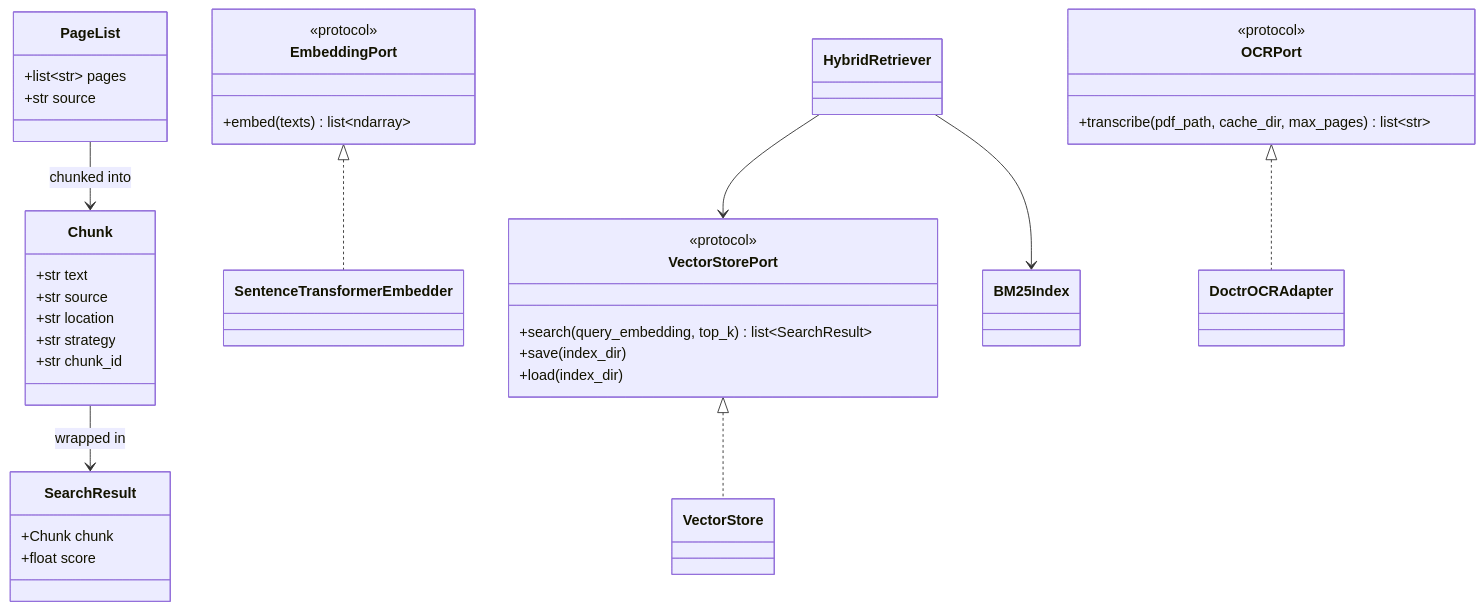
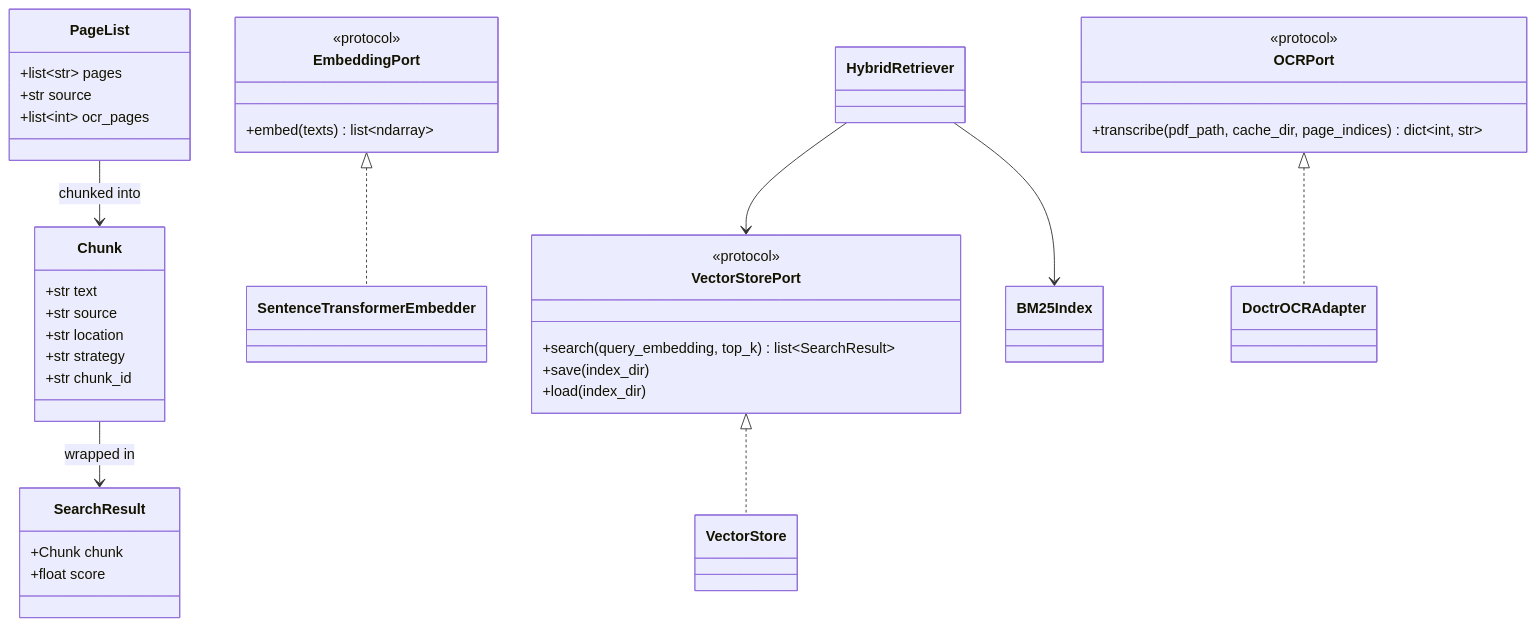
Before and after one commit to nicooga/claude-architect-course: the second of 2 diagrams in src/rag/docs/architecture.md, drawn with Mermaid. The commit also changed 13 other files, not shown here.

````diff
--- a/src/rag/docs/architecture.md
+++ b/src/rag/docs/architecture.md
@@ -52,45 +52,46 @@
 ```mermaid
 classDiagram
     class PageList {
         +list~str~ pages
         +str source
+        +list~int~ ocr_pages
     }
     class Chunk {
         +str text
         +str source
         +str location
         +str strategy
         +str chunk_id
     }
     class SearchResult {
         +Chunk chunk
         +float score
     }
     class EmbeddingPort {
         <<protocol>>
         +embed(texts) list~ndarray~
     }
     class OCRPort {
         <<protocol>>
-        +transcribe(pdf_path, cache_dir, max_pages) list~str~
+        +transcribe(pdf_path, cache_dir, page_indices) dict~int, str~
     }
     class VectorStorePort {
         <<protocol>>
         +search(query_embedding, top_k) list~SearchResult~
         +save(index_dir)
         +load(index_dir)
     }
     class SentenceTransformerEmbedder
     class DoctrOCRAdapter
     class VectorStore
     class BM25Index
     class HybridRetriever
 
     EmbeddingPort <|.. SentenceTransformerEmbedder
     OCRPort <|.. DoctrOCRAdapter
     VectorStorePort <|.. VectorStore
     HybridRetriever --> VectorStorePort
     HybridRetriever --> BM25Index
     PageList --> Chunk : chunked into
     Chunk --> SearchResult : wrapped in
 ```
````
